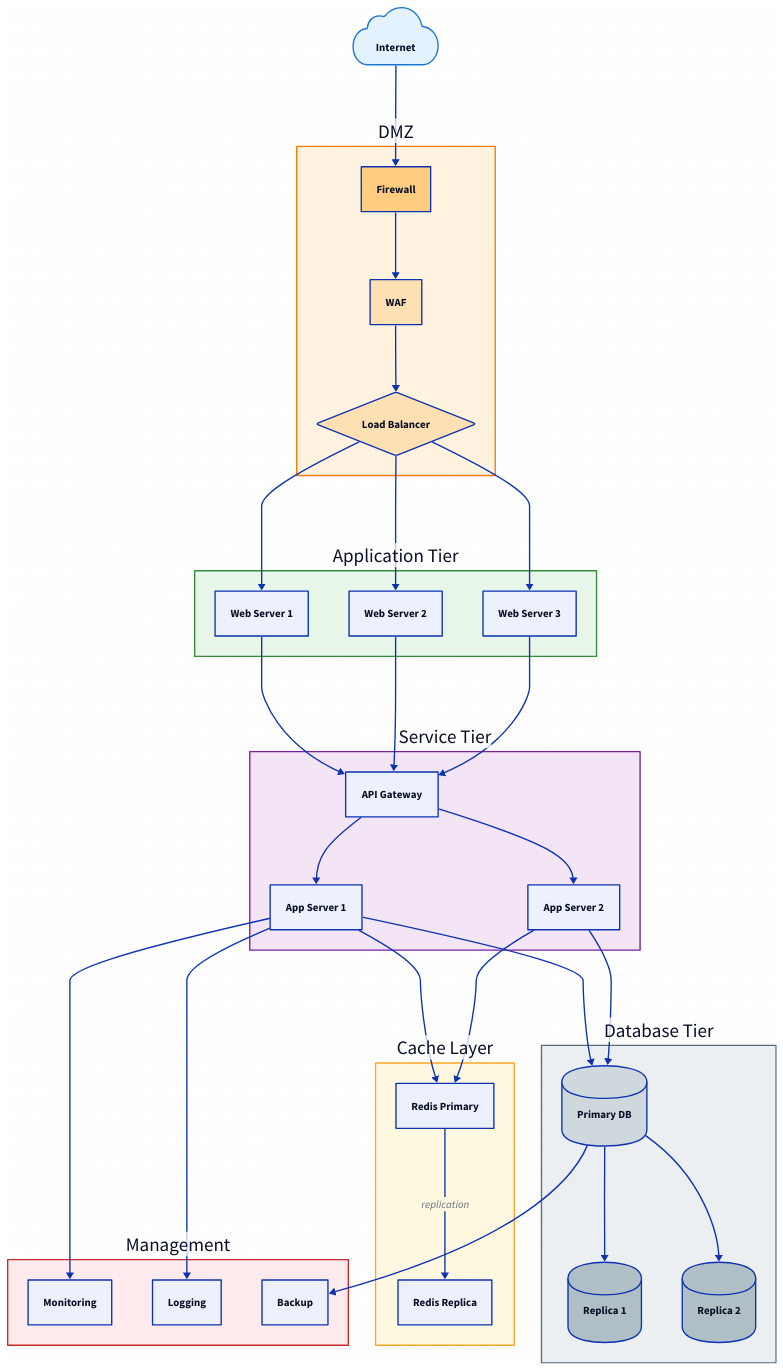
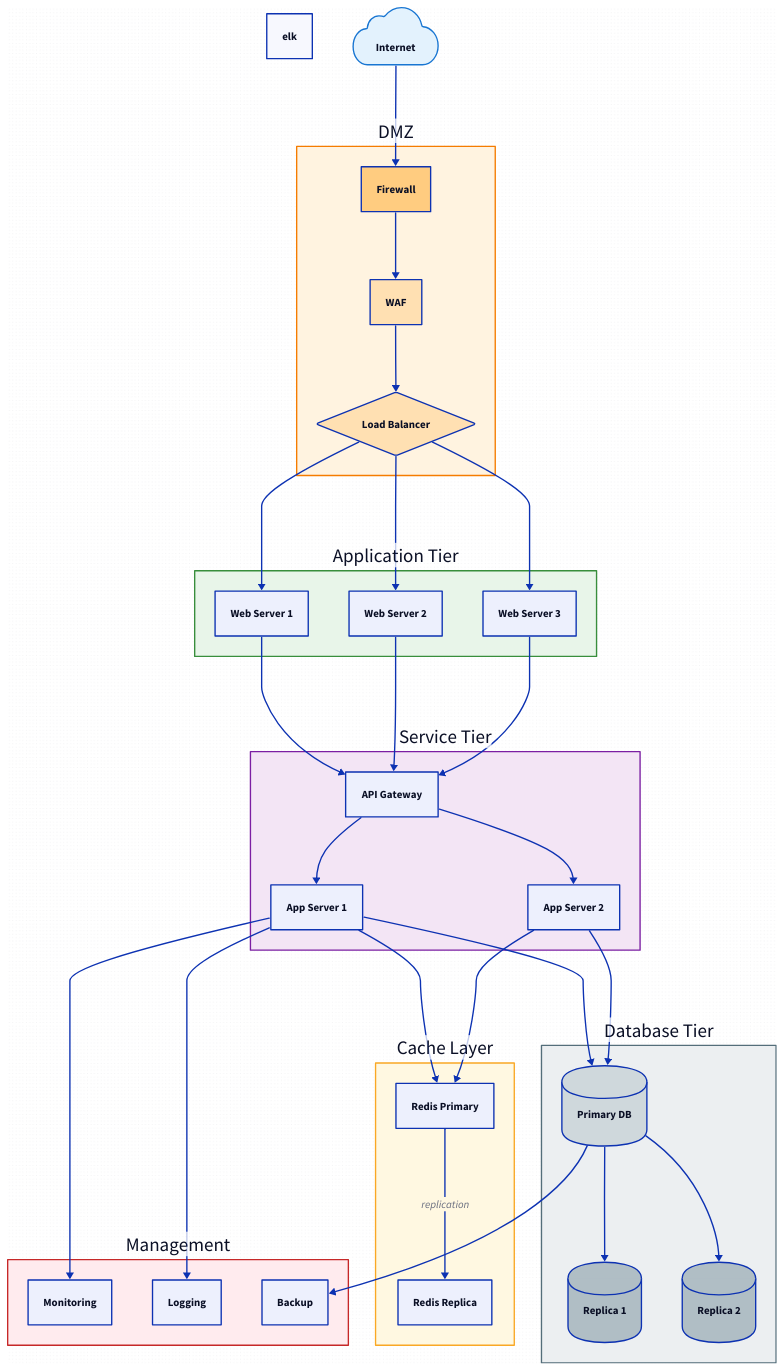
One commit to ruleizhou/han-skills changed the diagram in skills/han-d2-diagram/assets/templates/network-topology.d2. Above: the diagram before and after it, drawn with D2. The commit also changed 15 other files, not shown here.

First line of the commit message:
feat: han-d2-diagram 连线统一为正交折线，收口单引擎 ELK

```diff
--- a/skills/han-d2-diagram/assets/templates/network-topology.d2
+++ b/skills/han-d2-diagram/assets/templates/network-topology.d2
@@ -1,136 +1,137 @@
 # Network Topology Template
-# Usage: d2 --sketch network-topology.d2 output.png
+# Usage: d2 --theme=300 -l elk --sketch network-topology.d2 output.png
 
+layout: elk
 direction: down
 
 style: {
   fill-pattern: dots
   stroke-dash: 3
   border-radius: 8
   shadow: true
 }
 
 # Internet
 internet: Internet {
   shape: cloud
   style.fill: "#E3F2FD"
   style.stroke: "#1976D2"
 }
 
 # DMZ
 dmz: {
   label: DMZ
   style.fill: "#FFF3E0"
   style.stroke: "#F57C00"
   
   firewall1: Firewall {
     shape: rectangle
     style.fill: "#FFCC80"
   }
   
   loadbalancer: Load Balancer {
     shape: diamond
     style.fill: "#FFE0B2"
   }
   
   waf: WAF {
     style.fill: "#FFE0B2"
   }
 }
 
 # Application Tier
 app: {
   label: Application Tier
   style.fill: "#E8F5E9"
   style.stroke: "#388E3C"
   
   web1: Web Server 1
   web2: Web Server 2
   web3: Web Server 3
 }
 
 # Service Tier
 service: {
   label: Service Tier
   style.fill: "#F3E5F5"
   style.stroke: "#7B1FA2"
   
   api1: API Gateway
   app1: App Server 1
   app2: App Server 2
 }
 
 # Database Tier
 database: {
   label: Database Tier
   style.fill: "#ECEFF1"
   style.stroke: "#546E7A"
   
   primary: Primary DB {
     shape: cylinder
     style.fill: "#CFD8DC"
   }
   
   replica1: Replica 1 {
     shape: cylinder
     style.fill: "#B0BEC5"
   }
   
   replica2: Replica 2 {
     shape: cylinder
     style.fill: "#B0BEC5"
   }
 }
 
 # Cache & Queue
 cache: {
   label: Cache Layer
   style.fill: "#FFF8E1"
   style.stroke: "#F9A825"
   
   redis1: Redis Primary
   redis2: Redis Replica
 }
 
 # Management
 management: {
   label: Management
   style.fill: "#FFEBEE"
   style.stroke: "#C62828"
   
   monitoring: Monitoring
   logging: Logging
   backup: Backup
 }
 
 # Connections
 internet -> dmz.firewall1
 
 dmz.firewall1 -> dmz.waf
 dmz.waf -> dmz.loadbalancer
 
 dmz.loadbalancer -> app.web1
 dmz.loadbalancer -> app.web2
 dmz.loadbalancer -> app.web3
 
 app.web1 -> service.api1
 app.web2 -> service.api1
 app.web3 -> service.api1
 
 service.api1 -> service.app1
 service.api1 -> service.app2
 
 service.app1 -> database.primary
 service.app2 -> database.primary
 
 database.primary -> database.replica1
 database.primary -> database.replica2
 
 service.app1 -> cache.redis1
 service.app2 -> cache.redis1
 
 cache.redis1 -> cache.redis2: replication
 
 service.app1 -> management.monitoring
 service.app1 -> management.logging
 database.primary -> management.backup
```
